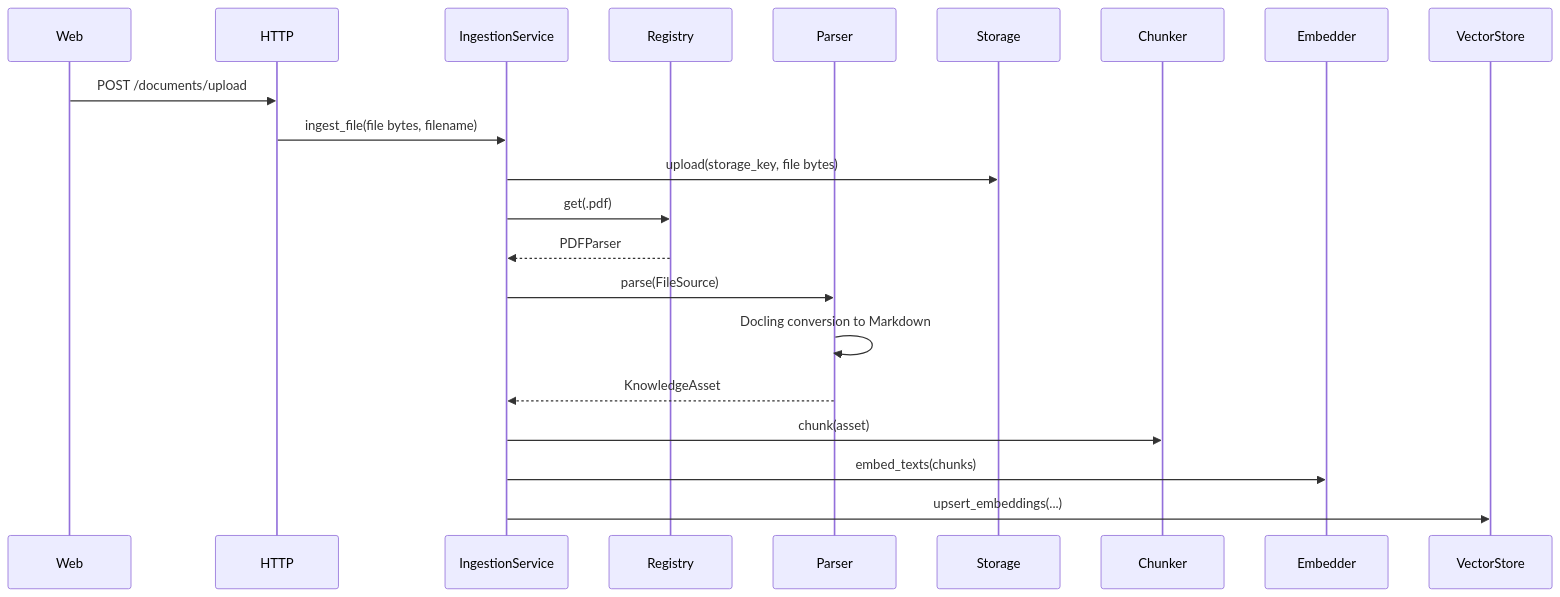
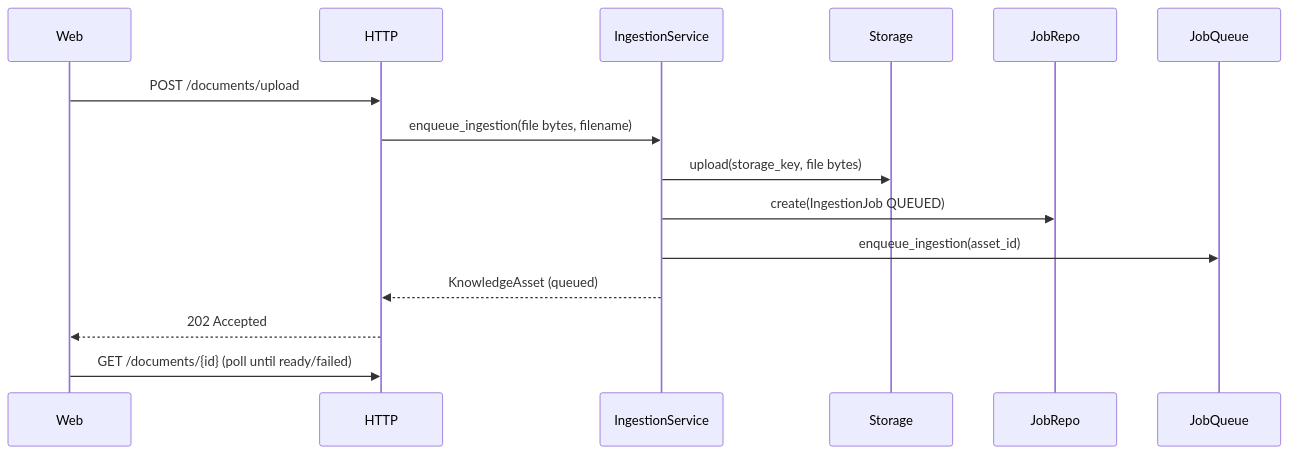
Before and after one commit to RoshanMuhammedR/KB-ULT: the first of 3 diagrams in docs/architecture.md, drawn with Mermaid. The commit also changed other lines of this file and 62 other files, not shown here.

First line of the commit message:
Async ingestion queue + multi-source pipeline, worker log, and jobs dashboard

````diff
--- a/docs/architecture.md
+++ b/docs/architecture.md
@@ -42,24 +51,18 @@
 ```mermaid
 sequenceDiagram
   participant Web
   participant HTTP
   participant IngestionService
-  participant Registry
-  participant Parser
   participant Storage
-  participant Chunker
-  participant Embedder
-  participant VectorStore
+  participant JobRepo
+  participant JobQueue
 
   Web->>HTTP: POST /documents/upload
-  HTTP->>IngestionService: ingest_file(file bytes, filename)
+  HTTP->>IngestionService: enqueue_ingestion(file bytes, filename)
   IngestionService->>Storage: upload(storage_key, file bytes)
-  IngestionService->>Registry: get(.pdf)
-  Registry-->>IngestionService: PDFParser
-  IngestionService->>Parser: parse(FileSource)
-  Parser->>Parser: Docling conversion to Markdown
-  Parser-->>IngestionService: KnowledgeAsset
-  IngestionService->>Chunker: chunk(asset)
-  IngestionService->>Embedder: embed_texts(chunks)
-  IngestionService->>VectorStore: upsert_embeddings(...)
+  IngestionService->>JobRepo: create(IngestionJob QUEUED)
+  IngestionService->>JobQueue: enqueue_ingestion(asset_id)
+  IngestionService-->>HTTP: KnowledgeAsset (queued)
+  HTTP-->>Web: 202 Accepted
+  Web->>HTTP: GET /documents/{id} (poll until ready/failed)
 ```
````
